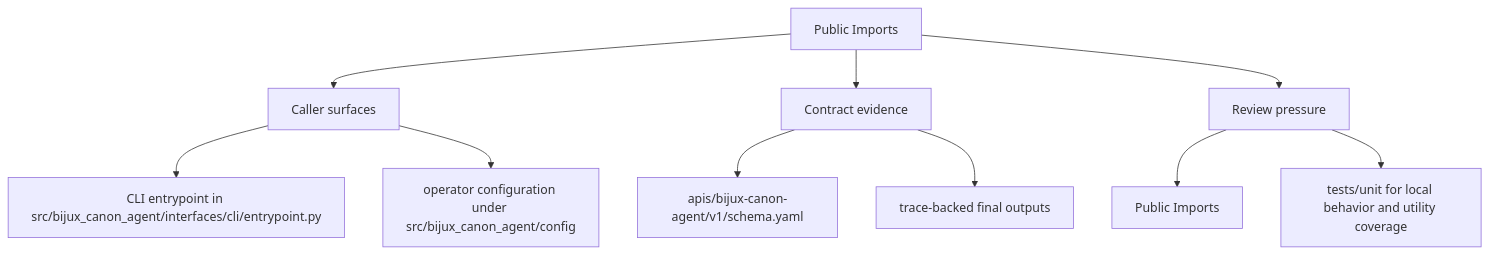
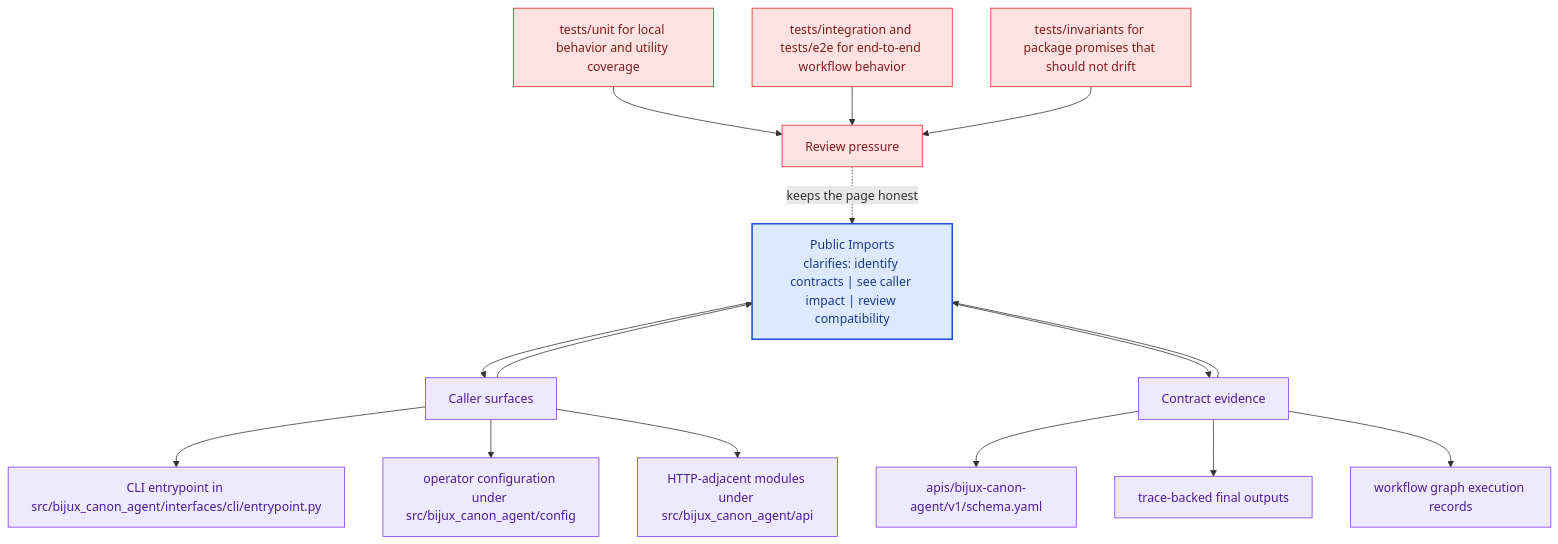
The second of 2 diagrams in docs/bijux-canon-agent/interfaces/public-imports.md (bijux/bijux-canon), drawn with Mermaid before and after one commit. The commit also changed other lines of this file and 281 other files, not shown here.

Commit message:
docs(diagrams): deepen handbook mermaid maps across the catalog

````diff
--- a/docs/bijux-canon-agent/interfaces/public-imports.md
+++ b/docs/bijux-canon-agent/interfaces/public-imports.md
@@ -35,22 +68,41 @@
 ```mermaid
-flowchart TD
-    page["Public Imports"]
+flowchart TB
+    promise["Public Imports<br/>clarifies: identify contracts | see caller impact | review compatibility"]
+    classDef promise fill:#dbeafe,stroke:#1d4ed8,color:#1e3a8a,stroke-width:2px;
+    classDef driver fill:#dcfce7,stroke:#16a34a,color:#14532d;
+    classDef constraint fill:#fee2e2,stroke:#dc2626,color:#7f1d1d;
+    classDef ground fill:#ede9fe,stroke:#7c3aed,color:#4c1d95;
     focus1["Caller surfaces"]
-    page --> focus1
+    focus1 --> promise
+    promise --> focus1
     focus1_1["CLI entrypoint in src/bijux_canon_agent/interfaces/cli/entrypoint.py"]
     focus1 --> focus1_1
     focus1_2["operator configuration under src/bijux_canon_agent/config"]
     focus1 --> focus1_2
+    focus1_3["HTTP-adjacent modules under src/bijux_canon_agent/api"]
+    focus1 --> focus1_3
+    class focus1 ground;
+    class focus1_1,focus1_2,focus1_3 ground;
     focus2["Contract evidence"]
-    page --> focus2
+    focus2 --> promise
+    promise --> focus2
     focus2_1["apis/bijux-canon-agent/v1/schema.yaml"]
     focus2 --> focus2_1
     focus2_2["trace-backed final outputs"]
     focus2 --> focus2_2
+    focus2_3["workflow graph execution records"]
+    focus2 --> focus2_3
+    class focus2 ground;
+    class focus2_1,focus2_2,focus2_3 ground;
     focus3["Review pressure"]
-    page --> focus3
-    focus3_1["Public Imports"]
-    focus3 --> focus3_1
-    focus3_2["tests/unit for local behavior and utility coverage"]
-    focus3 --> focus3_2
+    focus3 -.keeps the page honest.-> promise
+    focus3_1["tests/unit for local behavior and utility coverage"]
+    focus3_1 --> focus3
+    focus3_2["tests/integration and tests/e2e for end-to-end workflow behavior"]
+    focus3_2 --> focus3
+    focus3_3["tests/invariants for package promises that should not drift"]
+    focus3_3 --> focus3
+    class focus3 constraint;
+    class focus3_1,focus3_2,focus3_3 constraint;
+    class promise promise;
 ```
````
